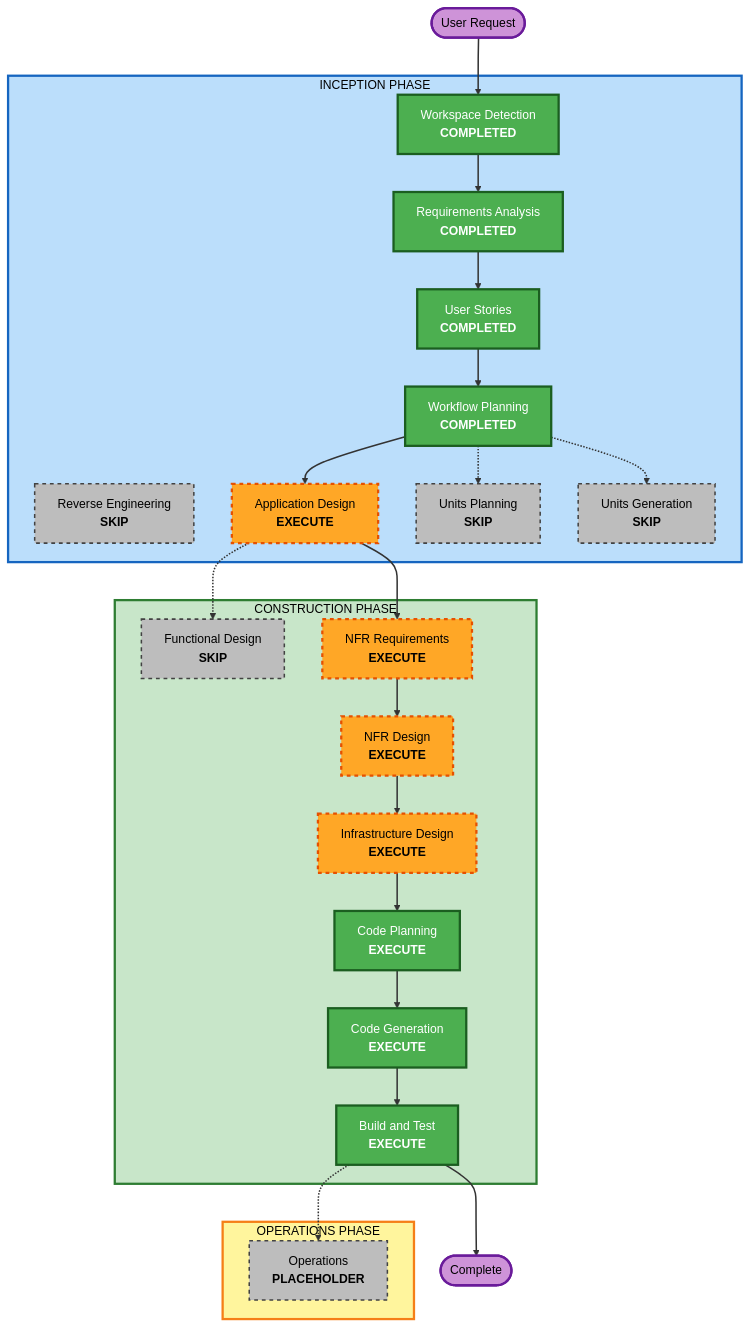
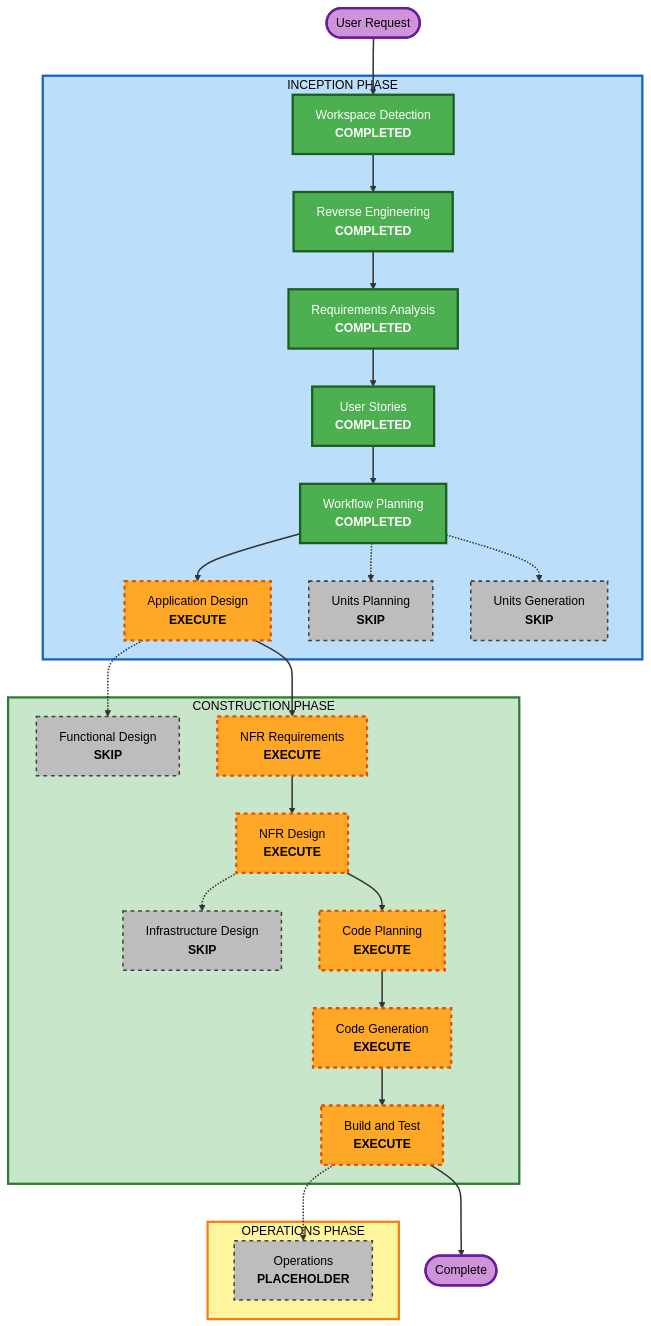
One commit to mpannekoek/Baswilbrink.Basijsenzo changed the diagram in aidlc-docs/inception/plans/execution-plan.md. Above: the diagram before and after it, drawn with Mermaid. The commit also changed other lines of this file and 28 other files, not shown here.

````diff
--- a/aidlc-docs/inception/plans/execution-plan.md
+++ b/aidlc-docs/inception/plans/execution-plan.md
@@ -24,71 +49,72 @@
 ```mermaid
 flowchart TD
     Start(["User Request"])
 
     subgraph INCEPTION["INCEPTION PHASE"]
         WD["Workspace Detection<br/><b>COMPLETED</b>"]
-        RE["Reverse Engineering<br/><b>SKIP</b>"]
+        RE["Reverse Engineering<br/><b>COMPLETED</b>"]
         RA["Requirements Analysis<br/><b>COMPLETED</b>"]
         US["User Stories<br/><b>COMPLETED</b>"]
         WP["Workflow Planning<br/><b>COMPLETED</b>"]
         AD["Application Design<br/><b>EXECUTE</b>"]
         UP["Units Planning<br/><b>SKIP</b>"]
         UG["Units Generation<br/><b>SKIP</b>"]
     end
 
     subgraph CONSTRUCTION["CONSTRUCTION PHASE"]
         FD["Functional Design<br/><b>SKIP</b>"]
         NFRA["NFR Requirements<br/><b>EXECUTE</b>"]
         NFRD["NFR Design<br/><b>EXECUTE</b>"]
-        ID["Infrastructure Design<br/><b>EXECUTE</b>"]
+        ID["Infrastructure Design<br/><b>SKIP</b>"]
         CP["Code Planning<br/><b>EXECUTE</b>"]
         CG["Code Generation<br/><b>EXECUTE</b>"]
         BT["Build and Test<br/><b>EXECUTE</b>"]
     end
 
     subgraph OPERATIONS["OPERATIONS PHASE"]
         OPS["Operations<br/><b>PLACEHOLDER</b>"]
     end
 
     Start --> WD
-    WD --> RA
+    WD --> RE
+    RE --> RA
     RA --> US
     US --> WP
     WP --> AD
     AD --> NFRA
     NFRA --> NFRD
-    NFRD --> ID
-    ID --> CP
+    NFRD --> CP
     CP --> CG
     CG --> BT
     BT --> End(["Complete"])
 
     WP -.-> UP
     WP -.-> UG
     AD -.-> FD
+    NFRD -.-> ID
     BT -.-> OPS
 
     style WD fill:#4CAF50,stroke:#1B5E20,stroke-width:3px,color:#fff
+    style RE fill:#4CAF50,stroke:#1B5E20,stroke-width:3px,color:#fff
     style RA fill:#4CAF50,stroke:#1B5E20,stroke-width:3px,color:#fff
     style US fill:#4CAF50,stroke:#1B5E20,stroke-width:3px,color:#fff
     style WP fill:#4CAF50,stroke:#1B5E20,stroke-width:3px,color:#fff
-    style CP fill:#4CAF50,stroke:#1B5E20,stroke-width:3px,color:#fff
-    style CG fill:#4CAF50,stroke:#1B5E20,stroke-width:3px,color:#fff
-    style BT fill:#4CAF50,stroke:#1B5E20,stroke-width:3px,color:#fff
     style AD fill:#FFA726,stroke:#E65100,stroke-width:3px,stroke-dasharray: 5 5,color:#000
     style NFRA fill:#FFA726,stroke:#E65100,stroke-width:3px,stroke-dasharray: 5 5,color:#000
     style NFRD fill:#FFA726,stroke:#E65100,stroke-width:3px,stroke-dasharray: 5 5,color:#000
-    style ID fill:#FFA726,stroke:#E65100,stroke-width:3px,stroke-dasharray: 5 5,color:#000
-    style RE fill:#BDBDBD,stroke:#424242,stroke-width:2px,stroke-dasharray: 5 5,color:#000
+    style CP fill:#FFA726,stroke:#E65100,stroke-width:3px,stroke-dasharray: 5 5,color:#000
+    style CG fill:#FFA726,stroke:#E65100,stroke-width:3px,stroke-dasharray: 5 5,color:#000
+    style BT fill:#FFA726,stroke:#E65100,stroke-width:3px,stroke-dasharray: 5 5,color:#000
     style UP fill:#BDBDBD,stroke:#424242,stroke-width:2px,stroke-dasharray: 5 5,color:#000
     style UG fill:#BDBDBD,stroke:#424242,stroke-width:2px,stroke-dasharray: 5 5,color:#000
     style FD fill:#BDBDBD,stroke:#424242,stroke-width:2px,stroke-dasharray: 5 5,color:#000
+    style ID fill:#BDBDBD,stroke:#424242,stroke-width:2px,stroke-dasharray: 5 5,color:#000
     style OPS fill:#BDBDBD,stroke:#424242,stroke-width:2px,stroke-dasharray: 5 5,color:#000
     style Start fill:#CE93D8,stroke:#6A1B9A,stroke-width:3px,color:#000
     style End fill:#CE93D8,stroke:#6A1B9A,stroke-width:3px,color:#000
     style INCEPTION fill:#BBDEFB,stroke:#1565C0,stroke-width:3px,color:#000
     style CONSTRUCTION fill:#C8E6C9,stroke:#2E7D32,stroke-width:3px,color:#000
     style OPERATIONS fill:#FFF59D,stroke:#F57F17,stroke-width:3px,color:#000
 
     linkStyle default stroke:#333,stroke-width:2px
 ```
````
